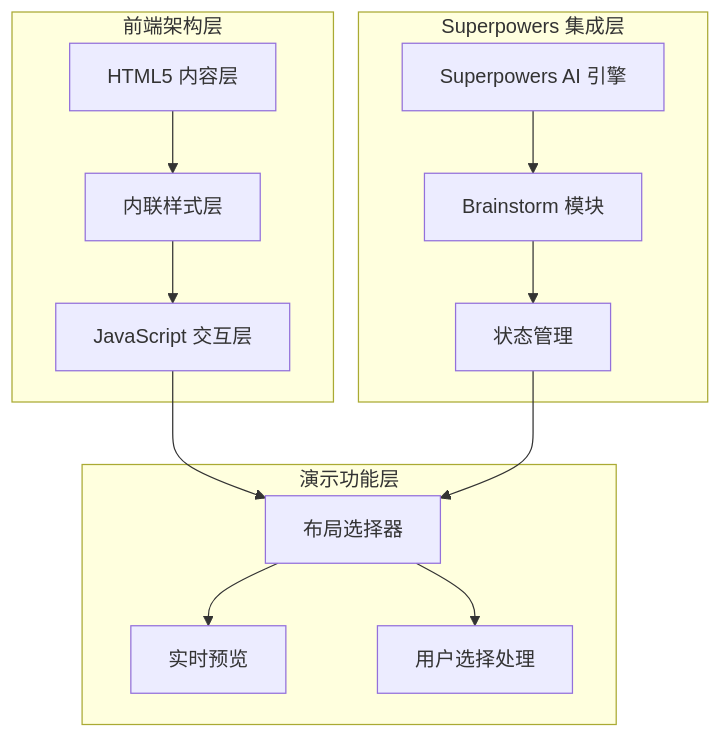
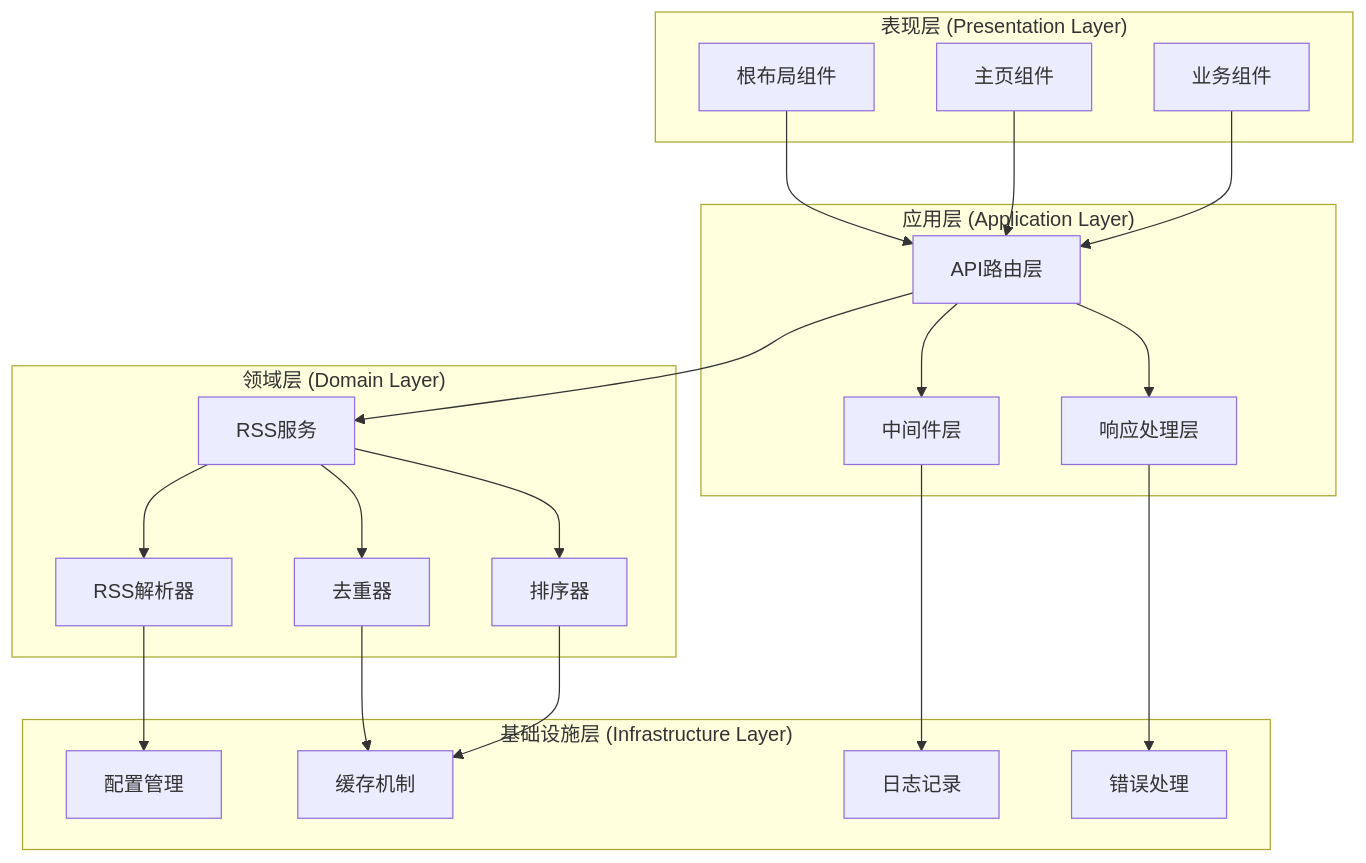
The third of 7 diagrams in .qoder/repowiki/zh/content/项目概述.md (huanglixinccc/next-demo-collection), drawn with Mermaid before and after one commit. The commit also changed other lines of this file and 10 other files, not shown here.

````diff
--- a/.qoder/repowiki/zh/content/项目概述.md
+++ b/.qoder/repowiki/zh/content/项目概述.md
@@ -72,26 +167,39 @@
 ```mermaid
 graph TD
-subgraph "前端架构层"
-HTML[HTML5 内容层]
-CSS[内联样式层]
-JS[JavaScript 交互层]
+subgraph "表现层 (Presentation Layer)"
+Layout[根布局组件]
+Page[主页组件]
+Components[业务组件]
 end
-subgraph "Superpowers 集成层"
-Engine[Superpowers AI 引擎]
-Brainstorm[Brainstorm 模块]
-State[状态管理]
+subgraph "应用层 (Application Layer)"
+API[API路由层]
+Middleware[中间件层]
+Response[响应处理层]
 end
-subgraph "演示功能层"
-LayoutSelector[布局选择器]
-Preview[实时预览]
-Selection[用户选择处理]
+subgraph "领域层 (Domain Layer)"
+RSSService[RSS服务]
+Parser[RSS解析器]
+Deduplicator[去重器]
+Sorter[排序器]
 end
-HTML --> CSS
-CSS --> JS
-JS --> LayoutSelector
-LayoutSelector --> Preview
-LayoutSelector --> Selection
-Engine --> Brainstorm
-Brainstorm --> State
-State --> LayoutSelector
+subgraph "基础设施层 (Infrastructure Layer)"
+Config[配置管理]
+Cache[缓存机制]
+Logger[日志记录]
+Error[错误处理]
+end
+Layout --> API
+Page --> API
+Components --> API
+API --> Middleware
+API --> Response
+Middleware --> Logger
+Response --> Error
+API --> RSSService
+RSSService --> Parser
+RSSService --> Deduplicator
+RSSService --> Sorter
+Parser --> Config
+Deduplicator --> Cache
+Sorter --> Cache
 ```
````
